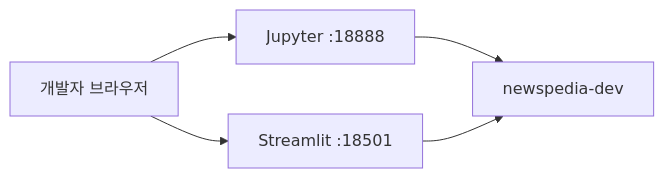
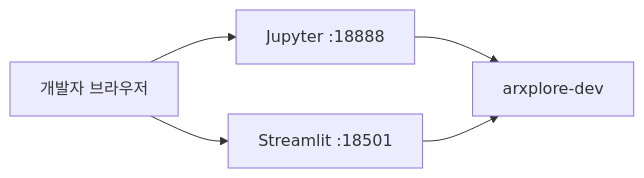
One commit to SKNETWORKS-FAMILY-AICAMP/SKN25-4th-2Team changed the second of 4 diagrams in docs/ARCHITECTURE.md. Above: the diagram before and after it, drawn with Mermaid. The commit also changed other lines of this file and 58 other files, not shown here.

````diff
--- a/docs/ARCHITECTURE.md
+++ b/docs/ARCHITECTURE.md
@@ -48,7 +48,7 @@
 ```mermaid
 flowchart LR
     User[개발자 브라우저] --> Jupyter[Jupyter :18888]
     User --> Streamlit[Streamlit :18501]
-    Jupyter --> Dev[newspedia-dev]
+    Jupyter --> Dev[arxplore-dev]
     Streamlit --> Dev
 ```
````
